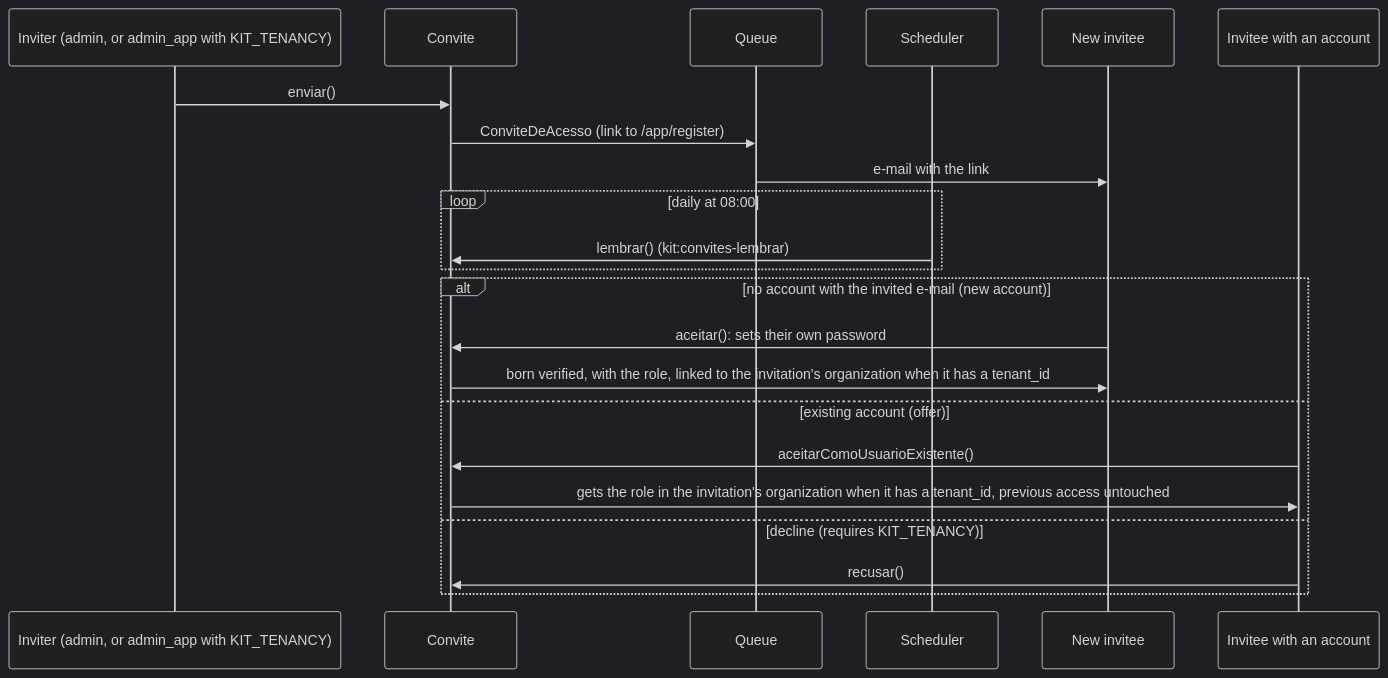
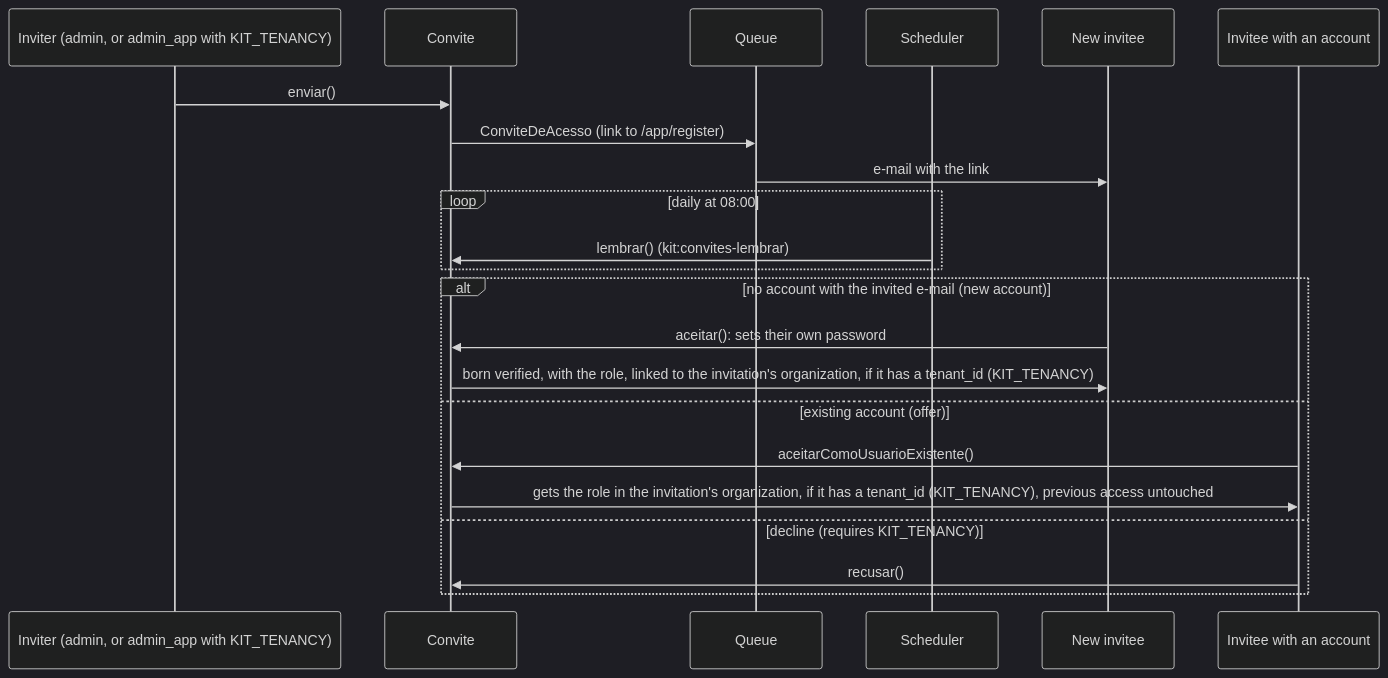
One commit to gsferro/filament-starter-kit-easy changed the first of 2 diagrams in docs/en/autenticacao/convites.md. Above: the diagram before and after it, drawn with Mermaid (dark theme). The commit also changed 17 other files, not shown here.

First line of the commit message:
:white_check_mark: test(diagramas): as guardas da revisao adversarial da adicao, e as docs que elas acharam

````diff
--- a/docs/en/autenticacao/convites.md
+++ b/docs/en/autenticacao/convites.md
@@ -73,27 +73,27 @@
 ```mermaid
 sequenceDiagram
 %% DG-07
 accTitle: Invitation, from send to acceptance
 accDescr: Whoever invites sends the link through the queue, the scheduler reminds whoever has not answered yet, and acceptance follows one of two branches - a new account or an offer to an existing one - linking the invitation's organization when it has one (tenant_id, only exists with KIT_TENANCY).
   participant quem_convida as Inviter (admin, or admin_app with KIT_TENANCY)
   participant convite as Convite
   participant fila as Queue
   participant agendador as Scheduler
   participant convidado_novo as New invitee
   participant convidado_existente as Invitee with an account
   quem_convida->>convite: enviar()
   convite->>fila: ConviteDeAcesso (link to /app/register)
   fila->>convidado_novo: e-mail with the link
   loop daily at 08:00
     agendador->>convite: lembrar() (kit:convites-lembrar)
   end
   alt no account with the invited e-mail (new account)
     convidado_novo->>convite: aceitar(): sets their own password
-    convite->>convidado_novo: born verified, with the role, linked to the invitation's organization when it has a tenant_id
+    convite->>convidado_novo: born verified, with the role, linked to the invitation's organization, if it has a tenant_id (KIT_TENANCY)
   else existing account (offer)
     convidado_existente->>convite: aceitarComoUsuarioExistente()
-    convite->>convidado_existente: gets the role in the invitation's organization when it has a tenant_id, previous access untouched
+    convite->>convidado_existente: gets the role in the invitation's organization, if it has a tenant_id (KIT_TENANCY), previous access untouched
   else decline (requires KIT_TENANCY)
     convidado_existente->>convite: recusar()
   end
 ```
````
